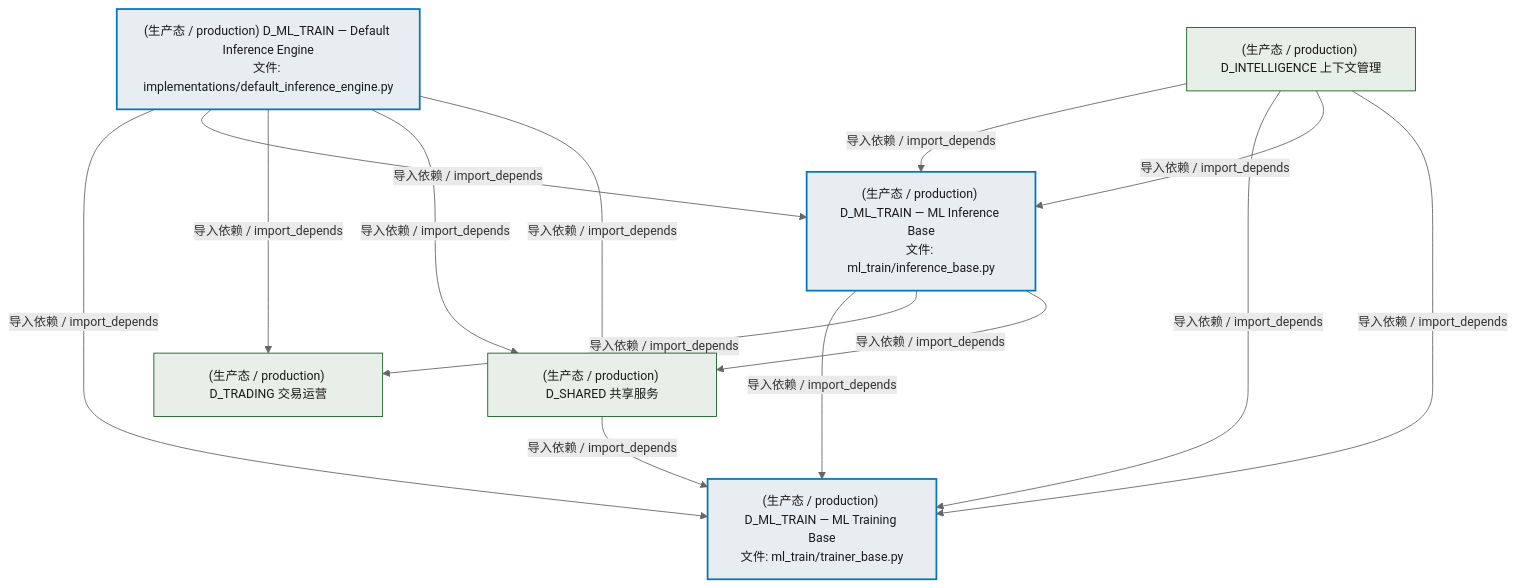
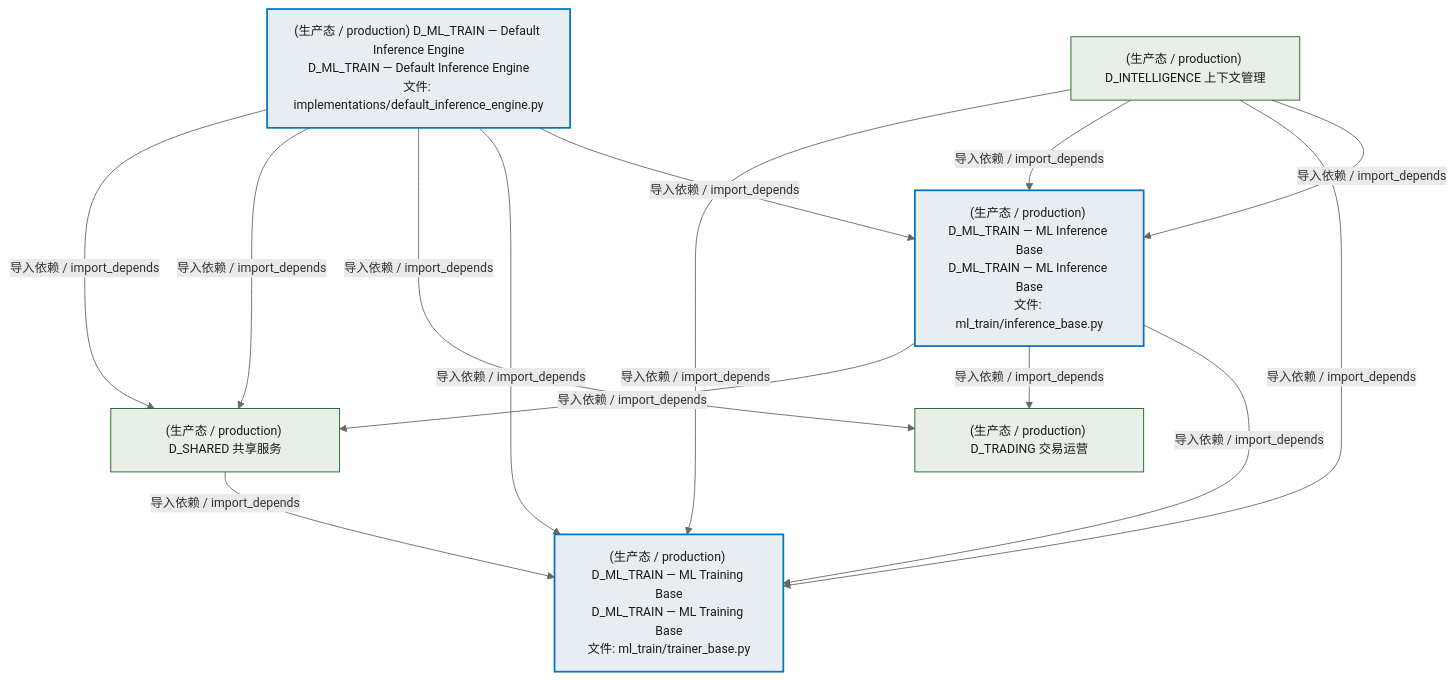
Before and after one commit to xuanFelixVan/ZephyrAlpha: the second of 4 diagrams in docs/02_enterprise_architecture/02_domain_architecture_docs/61_d_ml_train.md, drawn with Mermaid. The commit also changed other lines of this file and 80 other files, not shown here.

````diff
--- a/docs/02_enterprise_architecture/02_domain_architecture_docs/61_d_ml_train.md
+++ b/docs/02_enterprise_architecture/02_domain_architecture_docs/61_d_ml_train.md
@@ -101,29 +103,29 @@
 ```mermaid
 %%{init: {'theme': 'base', 'themeVariables': {'primaryColor': '#eaeaea', 'primaryTextColor': '#333333', 'primaryBorderColor': '#666666', 'lineColor': '#666666', 'secondaryColor': '#eaeaea', 'tertiaryColor': '#eaeaea', 'fontSize': '14px'}}}%%
 flowchart TD
-    src_zephyr_ml_train_implementations_default_inference_engine_py["(生产态 / production) D_ML_TRAIN — Default Inference Engine<br/>文件: implementations/default_inference_engine.py"]
-    src_zephyr_ml_train_inference_base_py["(生产态 / production) D_ML_TRAIN — ML Inference Base<br/>文件: ml_train/inference_base.py"]
-    src_zephyr_ml_train_trainer_base_py["(生产态 / production) D_ML_TRAIN — ML Training Base<br/>文件: ml_train/trainer_base.py"]
+    src_zephyr_ml_train_implementations_default_inference_engine_py["(生产态 / production) D_ML_TRAIN — Default Inference Engine<br/>D_ML_TRAIN — Default Inference Engine<br/>文件: implementations/default_inference_engine.py"]
+    src_zephyr_ml_train_inference_base_py["(生产态 / production) D_ML_TRAIN — ML Inference Base<br/>D_ML_TRAIN — ML Inference Base<br/>文件: ml_train/inference_base.py"]
+    src_zephyr_ml_train_trainer_base_py["(生产态 / production) D_ML_TRAIN — ML Training Base<br/>D_ML_TRAIN — ML Training Base<br/>文件: ml_train/trainer_base.py"]
     src_zephyr_ml_train_inference_base_py -->|导入依赖 / import_depends| src_zephyr_ml_train_trainer_base_py
+    src_zephyr_ml_train_implementations_default_inference_engine_py -->|导入依赖 / import_depends| src_zephyr_ml_train_inference_base_py
     src_zephyr_ml_train_implementations_default_inference_engine_py -->|导入依赖 / import_depends| src_zephyr_ml_train_trainer_base_py
-    src_zephyr_ml_train_implementations_default_inference_engine_py -->|导入依赖 / import_depends| src_zephyr_ml_train_inference_base_py
     D_TRADING["(生产态 / production) D_TRADING 交易运营"]
     src_zephyr_ml_train_inference_base_py -->|导入依赖 / import_depends| D_TRADING
     D_SHARED["(生产态 / production) D_SHARED 共享服务"]
     src_zephyr_ml_train_inference_base_py -->|导入依赖 / import_depends| D_SHARED
     src_zephyr_ml_train_implementations_default_inference_engine_py -->|导入依赖 / import_depends| D_TRADING
     src_zephyr_ml_train_implementations_default_inference_engine_py -->|导入依赖 / import_depends| D_SHARED
     src_zephyr_ml_train_implementations_default_inference_engine_py -->|导入依赖 / import_depends| D_SHARED
     D_INTELLIGENCE["(生产态 / production) D_INTELLIGENCE 上下文管理"]
     D_INTELLIGENCE -->|导入依赖 / import_depends| src_zephyr_ml_train_inference_base_py
     D_INTELLIGENCE -->|导入依赖 / import_depends| src_zephyr_ml_train_trainer_base_py
     D_SHARED -->|导入依赖 / import_depends| src_zephyr_ml_train_trainer_base_py
     D_INTELLIGENCE -->|导入依赖 / import_depends| src_zephyr_ml_train_inference_base_py
     D_INTELLIGENCE -->|导入依赖 / import_depends| src_zephyr_ml_train_trainer_base_py
     classDef production fill:#e8edf2,stroke:#0277bd,stroke-width:2px,color:#1a1a1a
     classDef design fill:#f0ebe3,stroke:#bf360c,stroke-width:2px,color:#1a1a1a,stroke-dasharray: 5 5
     classDef external_prod fill:#e8efe9,stroke:#1b5e20,stroke-width:1px,color:#1a1a1a
     classDef external_design fill:#efe5ea,stroke:#880e4f,stroke-width:1px,color:#1a1a1a,stroke-dasharray: 5 5
     class src_zephyr_ml_train_implementations_default_inference_engine_py,src_zephyr_ml_train_inference_base_py,src_zephyr_ml_train_trainer_base_py production
     class D_TRADING,D_SHARED,D_INTELLIGENCE external_prod
 ```
````
